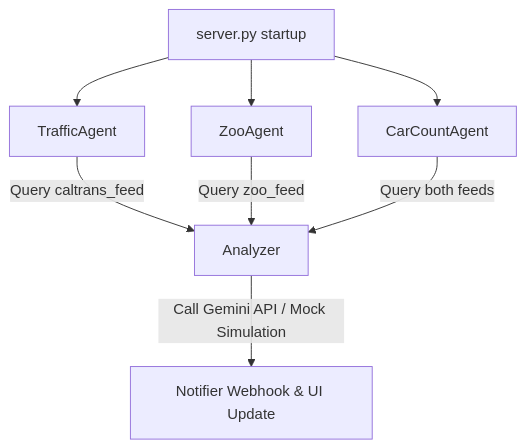
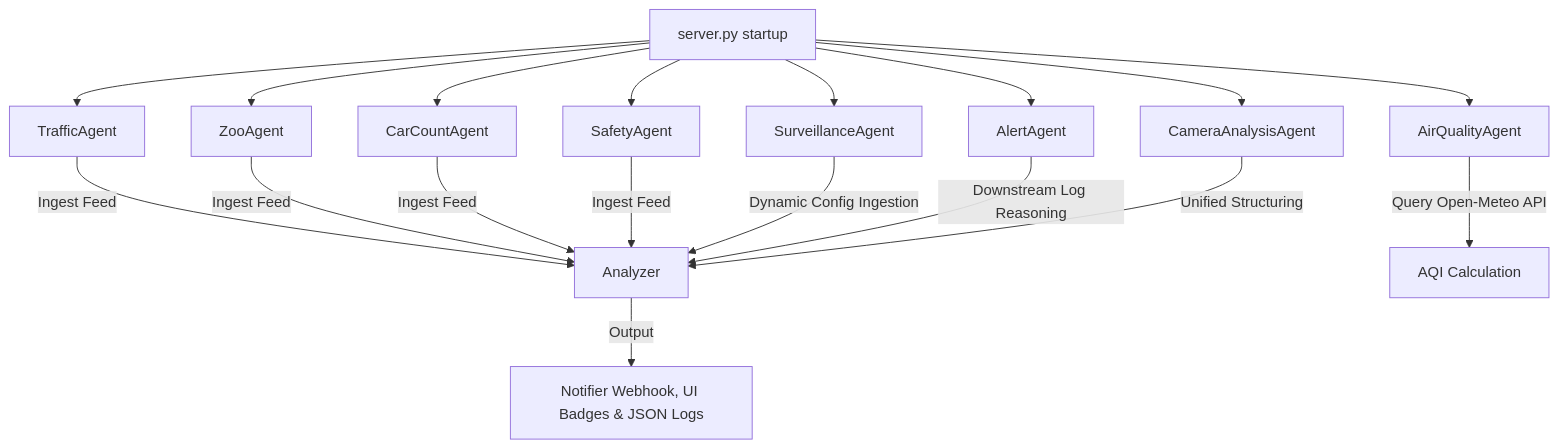
One commit to adityajain93/google-hackathon changed the diagram in agents.md. Above: the diagram before and after it, drawn with Mermaid. The commit also changed other lines of this file, not shown here.

Commit message:
docs: add agents.md documenting background agents without mock references

````diff
--- a/agents.md
+++ b/agents.md
@@ -14,12 +14,22 @@
 ```mermaid
 graph TD
     A[server.py startup] --> B[TrafficAgent]
     A --> C[ZooAgent]
     A --> D[CarCountAgent]
+    A --> E[SafetyAgent]
+    A --> F[AirQualityAgent]
+    A --> G[SurveillanceAgent]
+    A --> H[AlertAgent]
+    A --> I[CameraAnalysisAgent]
     
-    B -->|Query caltrans_feed| E[Analyzer]
-    C -->|Query zoo_feed| E
-    D -->|Query both feeds| E
+    B -->|Ingest Feed| J[Analyzer]
+    C -->|Ingest Feed| J
+    D -->|Ingest Feed| J
+    E -->|Ingest Feed| J
+    F -->|Query Open-Meteo API| K[AQI Calculation]
+    G -->|Dynamic Config Ingestion| J
+    H -->|Downstream Log Reasoning| J
+    I -->|Unified Structuring| J
     
-    E -->|Call Gemini API / Mock Simulation| F[Notifier Webhook & UI Update]
+    J -->|Output| L[Notifier Webhook, UI Badges & JSON Logs]
 ```
````
